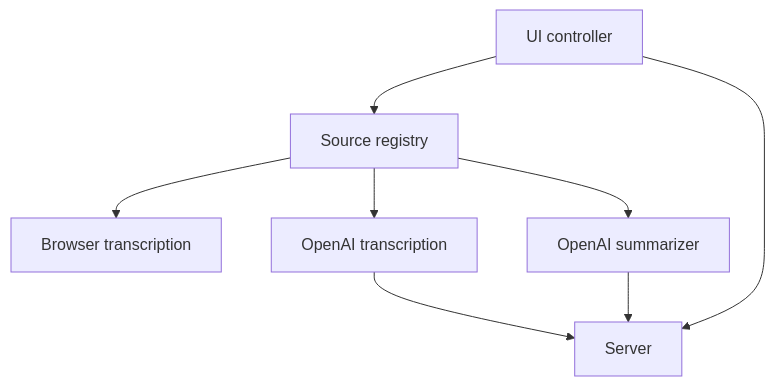
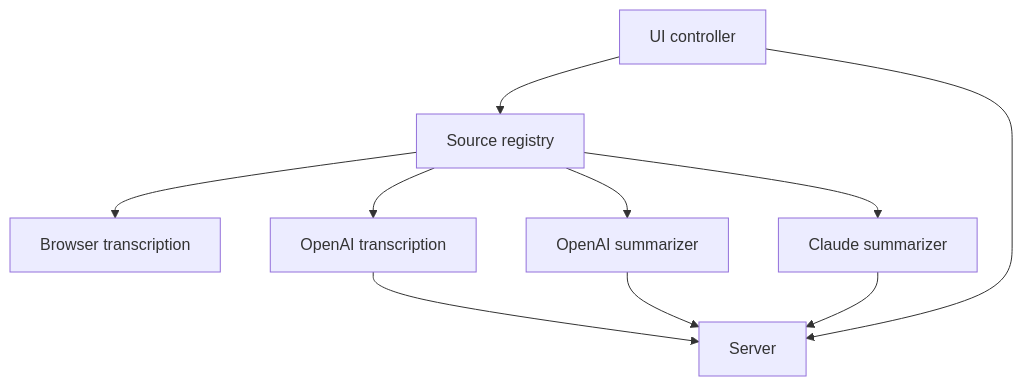
One commit to senigami/meeting-companion changed the diagram in docs/plans/church-helper-local-ai-wrapper/01-map.md. Above: the diagram before and after it, drawn with Mermaid. The commit also changed other lines of this file and 30 other files, not shown here.

````diff
--- a/docs/plans/church-helper-local-ai-wrapper/01-map.md
+++ b/docs/plans/church-helper-local-ai-wrapper/01-map.md
@@ -34,10 +36,12 @@
 ```mermaid
 graph TD
   P1[UI controller] --> P3[Source registry]
   P3 --> P4[Browser transcription]
   P3 --> P5[OpenAI transcription]
   P3 --> P6[OpenAI summarizer]
+  P3 --> P6b[Claude summarizer]
   P5 --> P7[Server]
   P6 --> P7
+  P6b --> P7
   P1 --> P7
 ```
````
